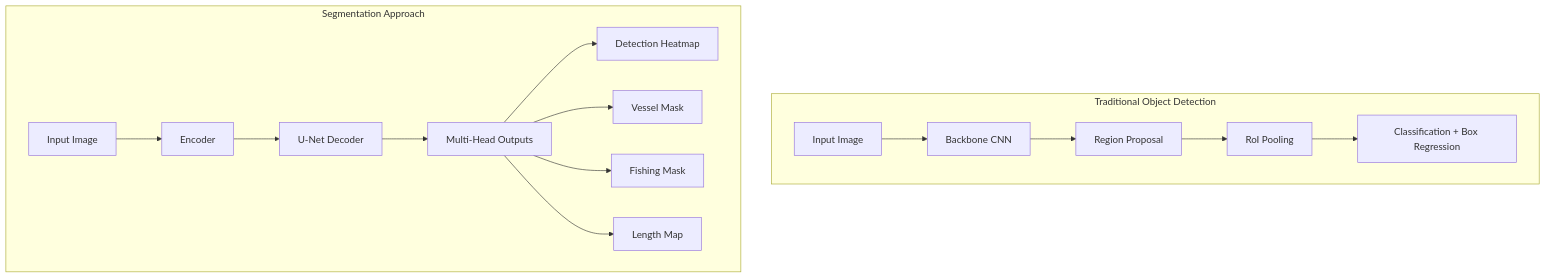
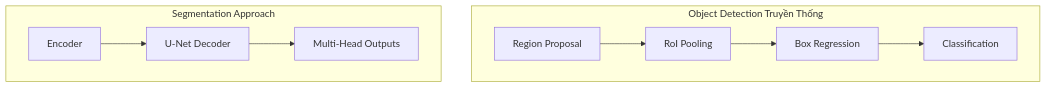
The first of 6 diagrams in research/chuong-06-xview-challenges/muc-03-xview3-maritime/03-giai-nhi.md (rerangst/geobayai_lab), drawn with Mermaid before and after one commit. The commit also changed other lines of this file and 18 other files, not shown here.

````diff
--- a/research/chuong-06-xview-challenges/muc-03-xview3-maritime/03-giai-nhi.md
+++ b/research/chuong-06-xview-challenges/muc-03-xview3-maritime/03-giai-nhi.md
@@ -117,19 +23,19 @@
 ```mermaid
-graph TB
-    subgraph "Traditional Object Detection"
-        A1[Input Image] --> B1[Backbone CNN]
-        B1 --> C1[Region Proposal]
-        C1 --> D1[RoI Pooling]
-        D1 --> E1[Classification + Box Regression]
+flowchart TB
+    subgraph DETECTION["Object Detection Truyền Thống"]
+        D1["Region Proposal"]
+        D2["RoI Pooling"]
+        D3["Box Regression"]
+        D4["Classification"]
+
+        D1 --> D2 --> D3 --> D4
     end
 
-    subgraph "Segmentation Approach"
-        A2[Input Image] --> B2[Encoder]
-        B2 --> C2[U-Net Decoder]
-        C2 --> D2[Multi-Head Outputs]
-        D2 --> E2a[Detection Heatmap]
-        D2 --> E2b[Vessel Mask]
-        D2 --> E2c[Fishing Mask]
-        D2 --> E2d[Length Map]
+    subgraph SEGMENTATION["Segmentation Approach"]
+        S1["Encoder"]
+        S2["U-Net Decoder"]
+        S3["Multi-Head Outputs"]
+
+        S1 --> S2 --> S3
     end
 ```
````
